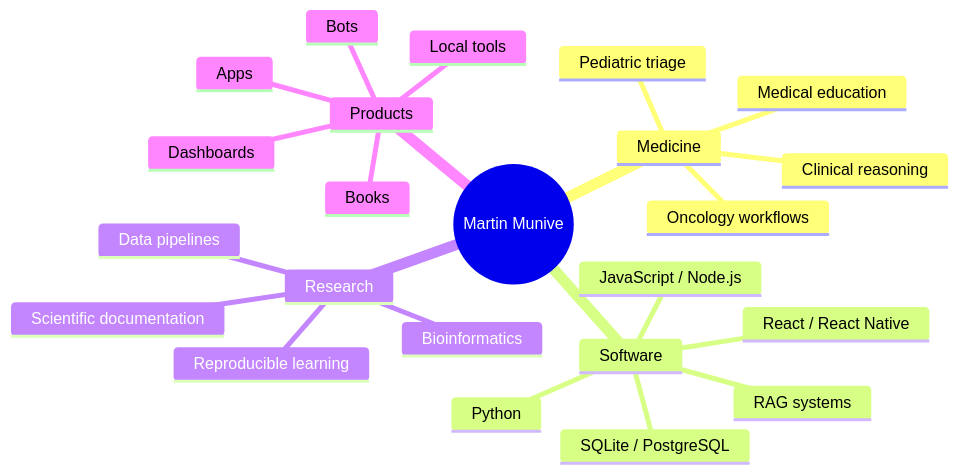
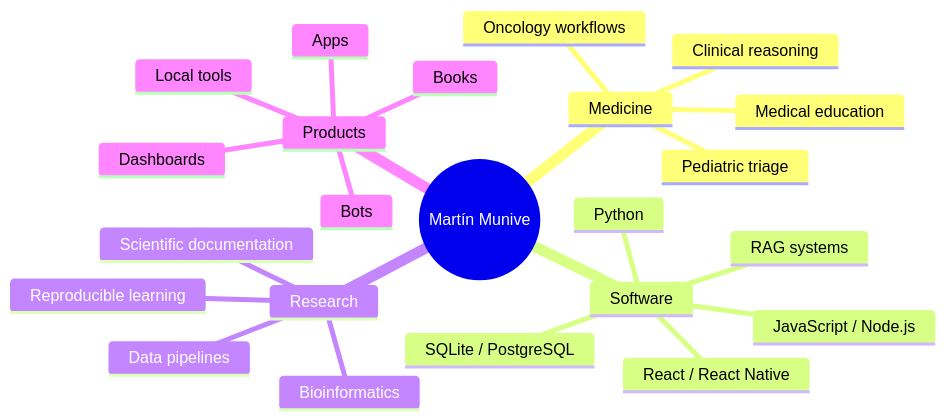
Before and after one commit to Martin-Munive/Martin-Munive: the diagram in README.md, drawn with Mermaid. The commit also changed other lines of this file, not shown here.

````diff
--- a/README.md
+++ b/README.md
@@ -22,26 +22,26 @@
 ```mermaid
 mindmap
-  root((Martin Munive))
+  root((Martín Munive))
     Medicine
       Clinical reasoning
       Oncology workflows
       Pediatric triage
       Medical education
     Software
       Python
       JavaScript / Node.js
       React / React Native
       SQLite / PostgreSQL
       RAG systems
     Research
       Bioinformatics
       Scientific documentation
       Data pipelines
       Reproducible learning
     Products
       Apps
       Books
       Bots
       Dashboards
       Local tools
 ```
````
